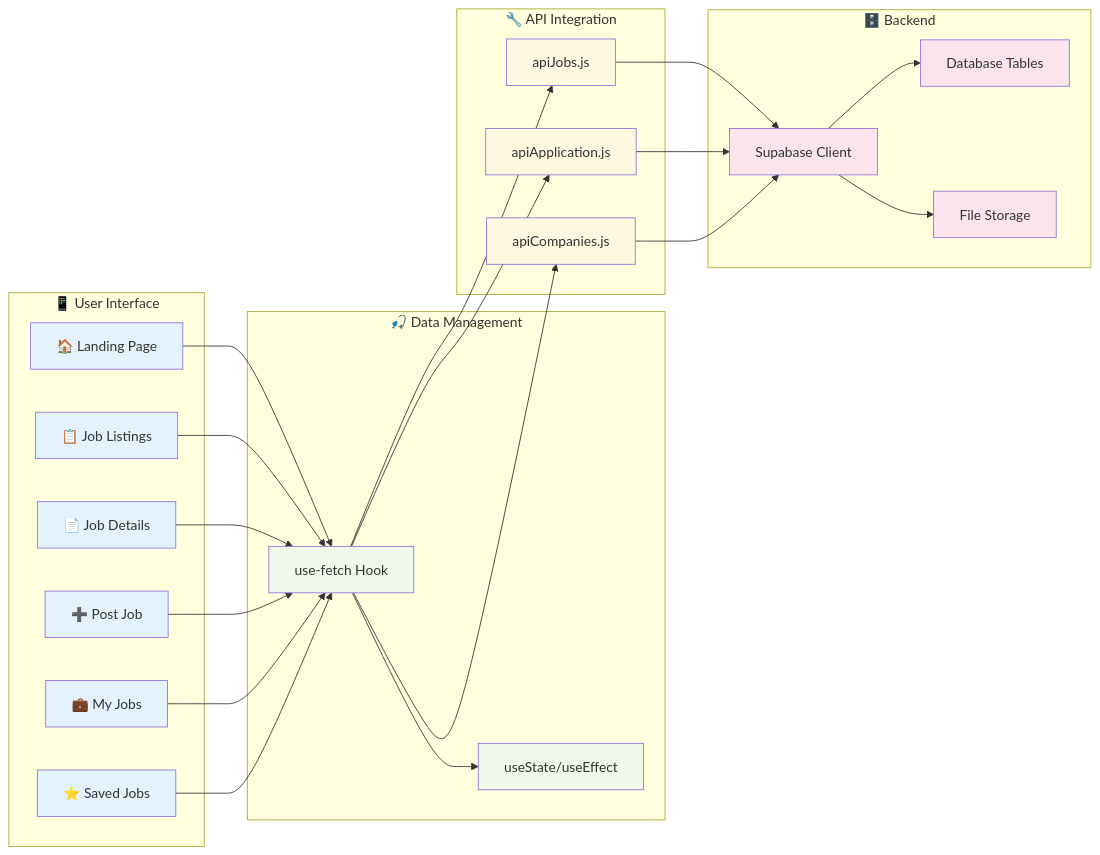
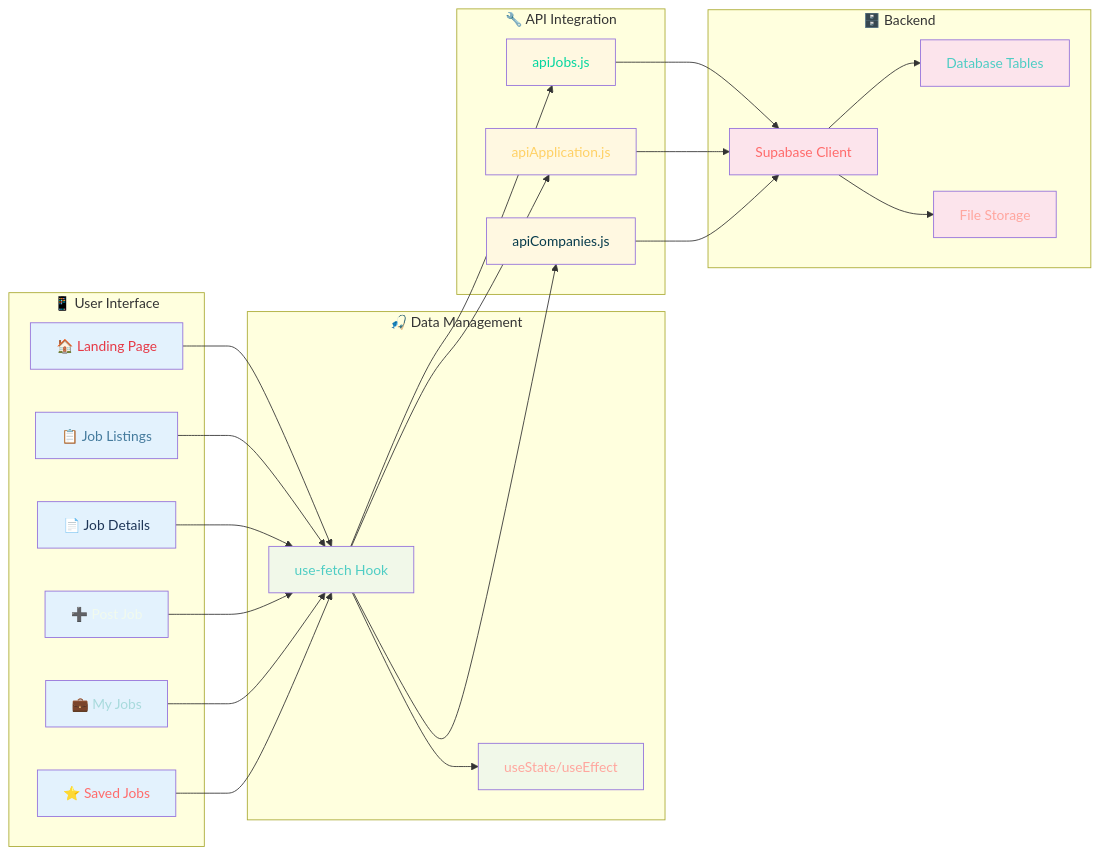
The third of 4 diagrams in README.md (SjxSubham/JOB-SEEK), drawn with Mermaid before and after one commit. The commit also changed other lines of this file, not shown here.

````diff
--- a/README.md
+++ b/README.md
@@ -333,57 +350,77 @@
 ```mermaid
 graph LR
     subgraph "📱 User Interface"
         A[🏠 Landing Page]
         B[📋 Job Listings]
         C[📄 Job Details]
         D[➕ Post Job]
         E[💼 My Jobs]
         F[⭐ Saved Jobs]
     end
     
     subgraph "🎣 Data Management"
         G[use-fetch Hook]
         H[useState/useEffect]
     end
     
     subgraph "🔧 API Integration"
         I[apiJobs.js]
         J[apiApplication.js]
         K[apiCompanies.js]
     end
     
     subgraph "🗄️ Backend"
         L[Supabase Client]
         M[Database Tables]
         N[File Storage]
     end
 
     A --> G
     B --> G
     C --> G
     D --> G
     E --> G
     F --> G
     
     G --> H
     G --> I
     G --> J
     G --> K
     
     I --> L
     J --> L
     K --> L
     
     L --> M
     L --> N
+
+     %% Styling for Frontend nodes
+    style A color:#E63946
+    style B color:#457B9D
+    style C color:#1D3557
+    style D color:#F1FAEE
+    style E color:#A8DADC
     
+    %% Styling for Backend nodes
+    style F color:#FF6B6B
+    style G color:#4ECDC4
+    style H color:#FFA69E
+    
+    %% Styling for Database nodes
+    style I color:#06D6A0
+    style J color:#FFD166
+    style K color:#073B4C
+    style L color:#FF6B6B
+    style M color:#4ECDC4
+    style N color:#FFA69E
+
     classDef ui fill:#e3f2fd
     classDef data fill:#f1f8e9
     classDef api fill:#fff8e1
     classDef backend fill:#fce4ec
     
     class A,B,C,D,E,F ui
     class G,H data
     class I,J,K api
     class L,M,N backend
 ```
````
